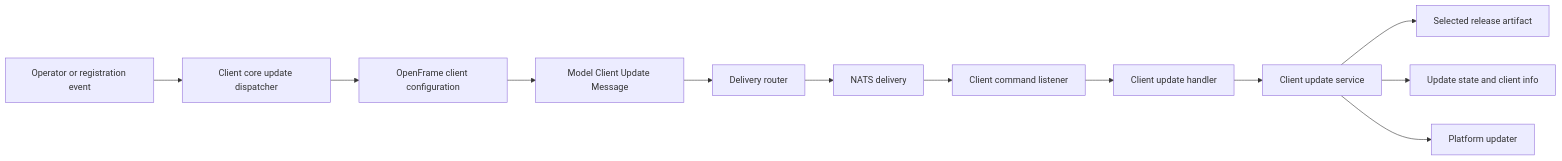
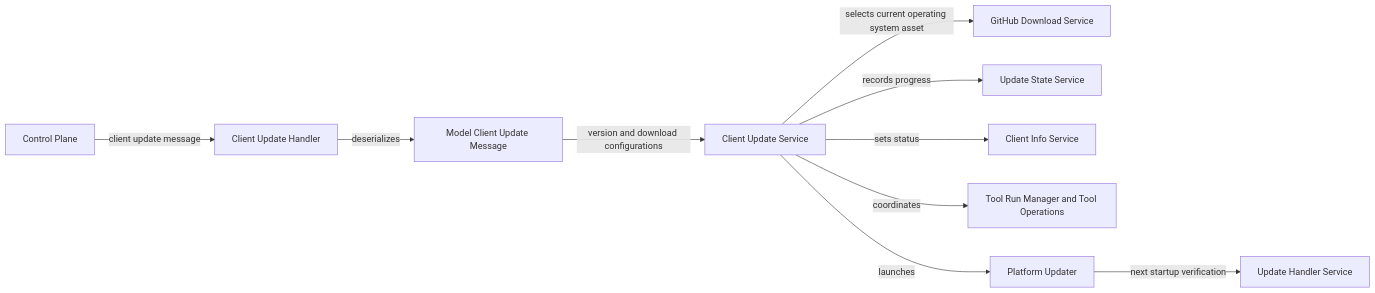
The first of 3 diagrams in docs/reference/architecture/openframe-client-core/model-client-update-message/model-client-update-message.md (flamingo-stack/openframe-oss-tenant), drawn with Mermaid before and after one commit. The commit also changed other lines of this file and 2377 other files, not shown here.

````diff
--- a/docs/reference/architecture/openframe-client-core/model-client-update-message/model-client-update-message.md
+++ b/docs/reference/architecture/openframe-client-core/model-client-update-message/model-client-update-message.md
@@ -51,14 +42,12 @@
 ```mermaid
 flowchart LR
-    Admin["Operator or registration event"] --> Server["Client core update dispatcher"]
-    Server --> Config["OpenFrame client configuration"]
-    Config --> Message["Model Client Update Message"]
-    Message --> Router["Delivery router"]
-    Router --> Broker["NATS delivery"]
-    Broker --> Listener["Client command listener"]
-    Listener --> Handler["Client update handler"]
-    Handler --> Service["Client update service"]
-    Service --> Artifact["Selected release artifact"]
-    Service --> State["Update state and client info"]
-    Service --> Updater["Platform updater"]
+    ControlPlane["Control Plane"] -->|"client update message"| CommandHandler["Client Update Handler"]
+    CommandHandler -->|"deserializes"| UpdateMessage["Model Client Update Message"]
+    UpdateMessage -->|"version and download configurations"| UpdateService["Client Update Service"]
+    UpdateService -->|"selects current operating system asset"| DownloadService["GitHub Download Service"]
+    UpdateService -->|"records progress"| UpdateState["Update State Service"]
+    UpdateService -->|"sets status"| ClientInfo["Client Info Service"]
+    UpdateService -->|"coordinates"| ToolRuntime["Tool Run Manager and Tool Operations"]
+    UpdateService -->|"launches"| PlatformUpdater["Platform Updater"]
+    PlatformUpdater -->|"next startup verification"| StartupHandler["Update Handler Service"]
 ```
````
